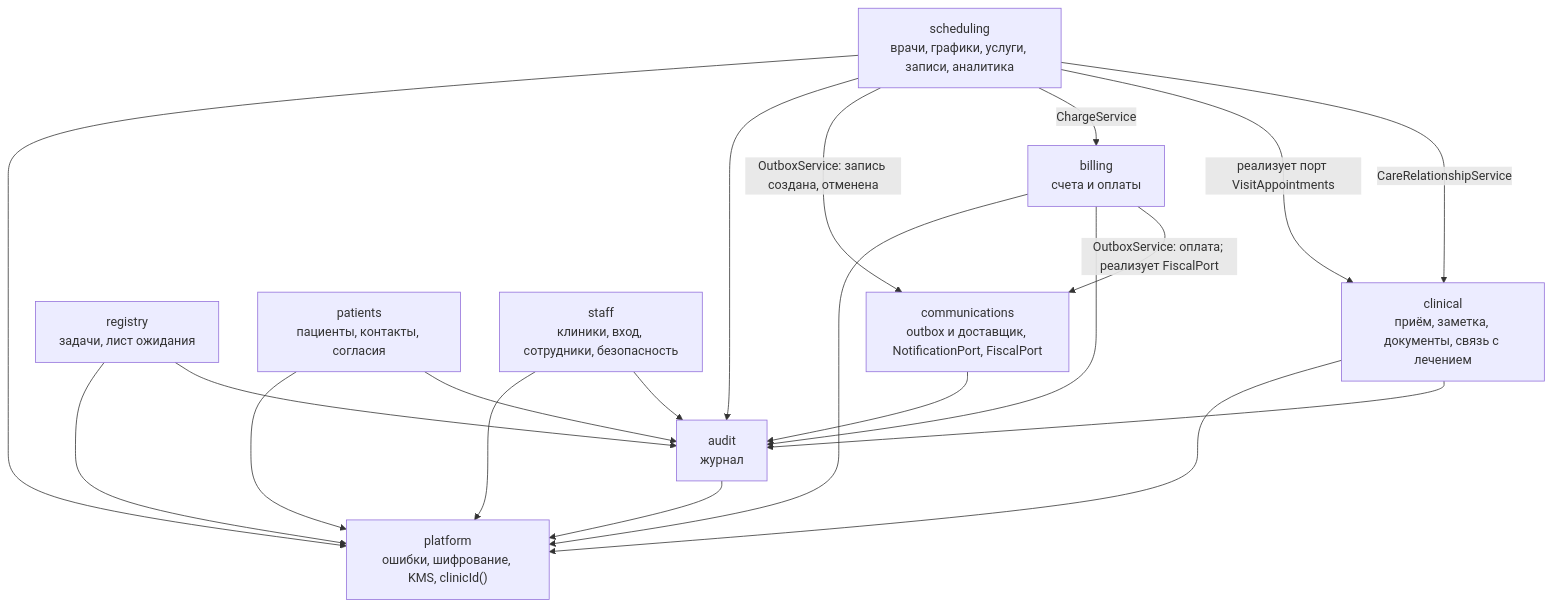
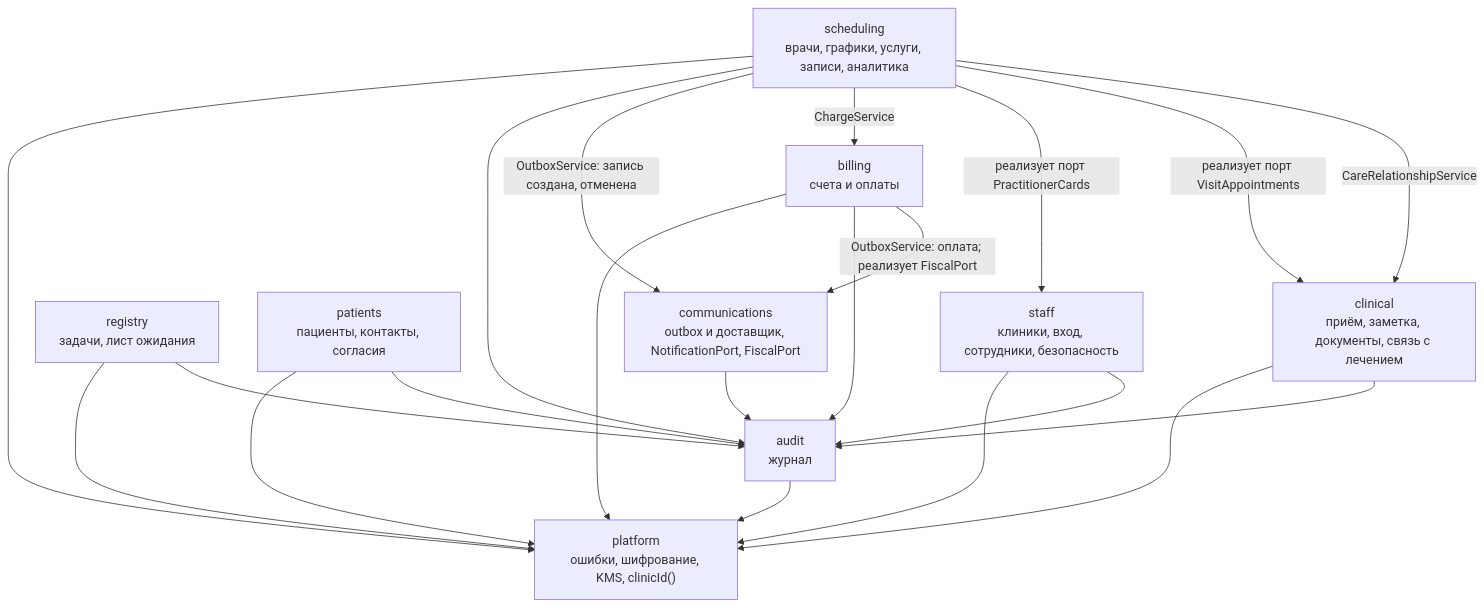
Before and after one commit to IlyaSimis/AlphaCRM: the second of 5 diagrams in docs/architecture.md, drawn with Mermaid. The commit also changed other lines of this file and 106 other files, not shown here.

````diff
--- a/docs/architecture.md
+++ b/docs/architecture.md
@@ -65,21 +65,22 @@
 ```mermaid
 flowchart TB
     scheduling["scheduling<br/>врачи, графики, услуги, записи, аналитика"]
     clinical["clinical<br/>приём, заметка, документы, связь с лечением"]
     billing["billing<br/>счета и оплаты"]
     registry["registry<br/>задачи, лист ожидания"]
     patients["patients<br/>пациенты, контакты, согласия"]
     staff["staff<br/>клиники, вход, сотрудники, безопасность"]
     communications["communications<br/>outbox и доставщик, NotificationPort, FiscalPort"]
     audit["audit<br/>журнал"]
     platform["platform<br/>ошибки, шифрование, KMS, clinicId()"]
 
     scheduling -->|"CareRelationshipService"| clinical
     scheduling -->|"реализует порт VisitAppointments"| clinical
+    scheduling -->|"реализует порт PractitionerCards"| staff
     scheduling -->|"ChargeService"| billing
     scheduling -->|"OutboxService: запись создана, отменена"| communications
     billing -->|"OutboxService: оплата; реализует FiscalPort"| communications
     communications --> audit
     scheduling & clinical & billing & registry & patients & staff --> audit
     scheduling & clinical & billing & registry & patients & staff & audit --> platform
 ```
````
